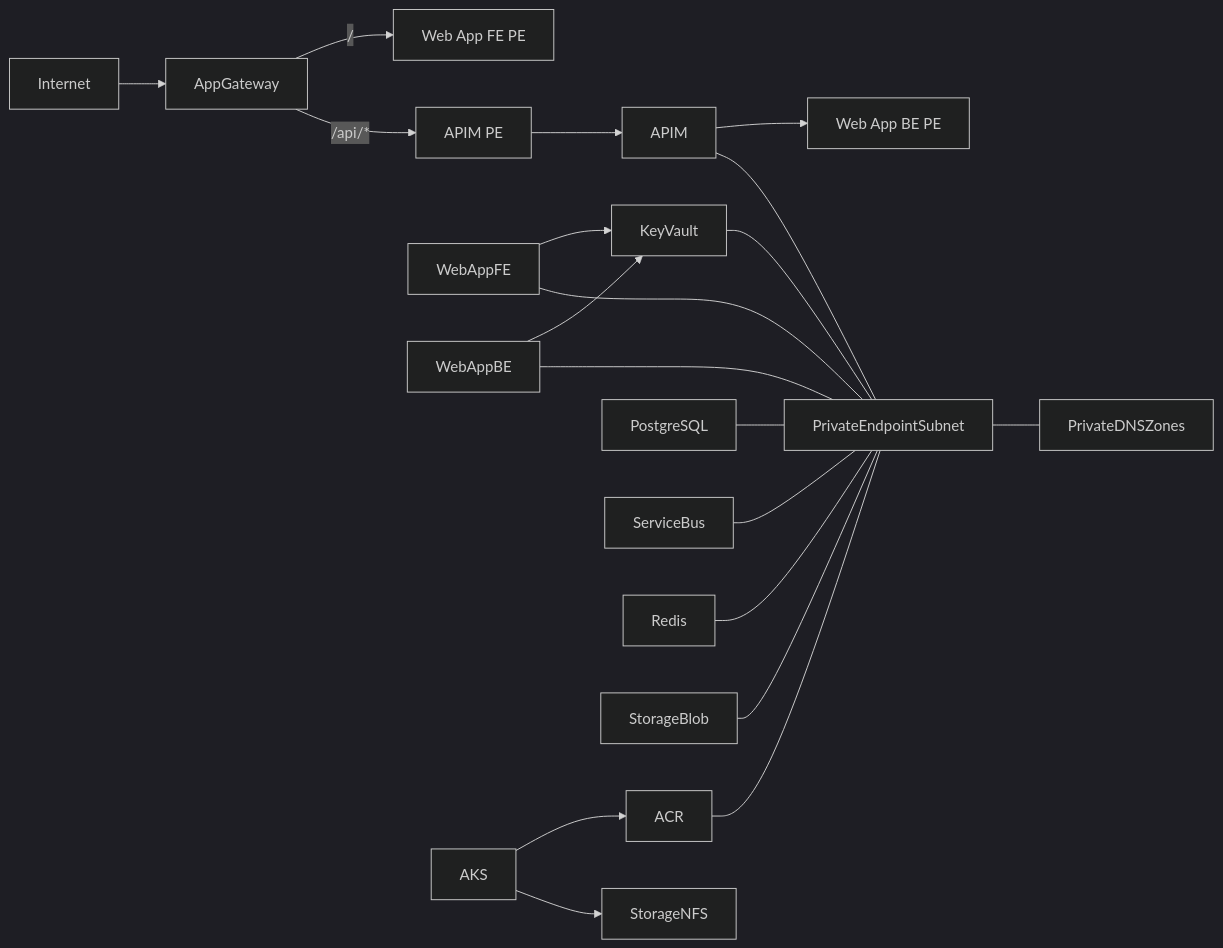
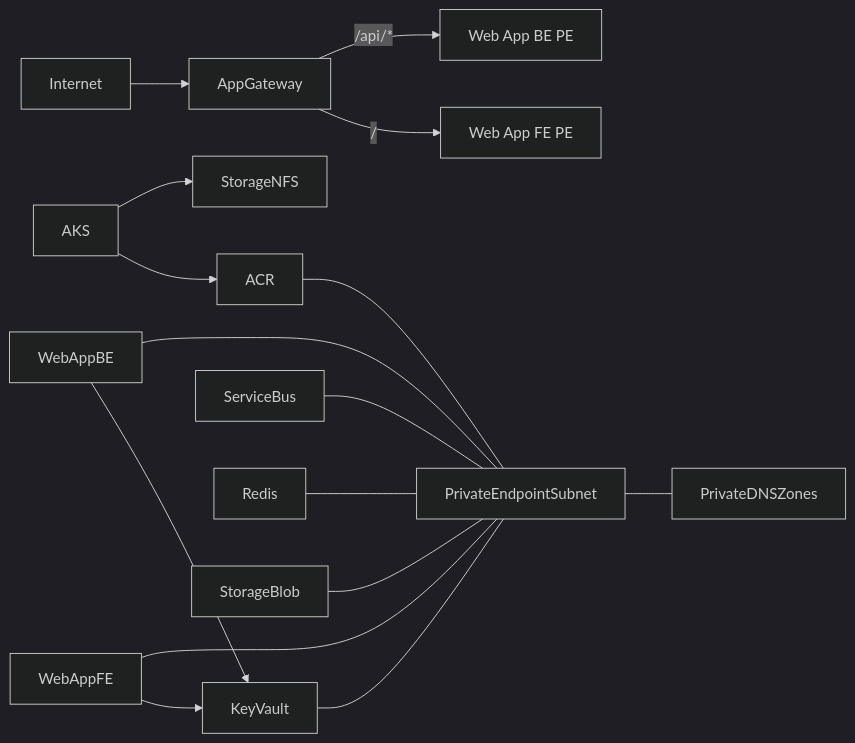
The first of 2 diagrams in landing-zones/app-aks/readme.md (scottdeland/Azure-Landing-Zone-Automation), drawn with Mermaid (dark theme) before and after one commit. The commit also changed other lines of this file, not shown here.

````diff
--- a/landing-zones/app-aks/readme.md
+++ b/landing-zones/app-aks/readme.md
@@ -33,22 +34,18 @@
 ```mermaid
 flowchart LR
   Internet --> AppGateway
   AppGateway -->|/| WebAppFE-PE[Web App FE PE]
-  AppGateway -->|/api/*| APIM-PE[APIM PE]
-  APIM-PE --> APIM
-  APIM --> WebAppBE-PE[Web App BE PE]
+  AppGateway -->|/api/*| WebAppBE-PE[Web App BE PE]
   WebAppFE --> KeyVault
   WebAppBE --> KeyVault
   AKS --> ACR
   AKS --> StorageNFS
   WebAppFE --- PrivateEndpointSubnet
   WebAppBE --- PrivateEndpointSubnet
-  APIM --- PrivateEndpointSubnet
   ACR --- PrivateEndpointSubnet
   KeyVault --- PrivateEndpointSubnet
-  PostgreSQL --- PrivateEndpointSubnet
   ServiceBus --- PrivateEndpointSubnet
   Redis --- PrivateEndpointSubnet
   StorageBlob --- PrivateEndpointSubnet
   PrivateEndpointSubnet --- PrivateDNSZones
 ```
````
